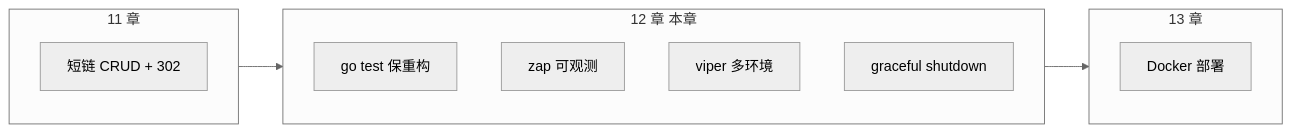
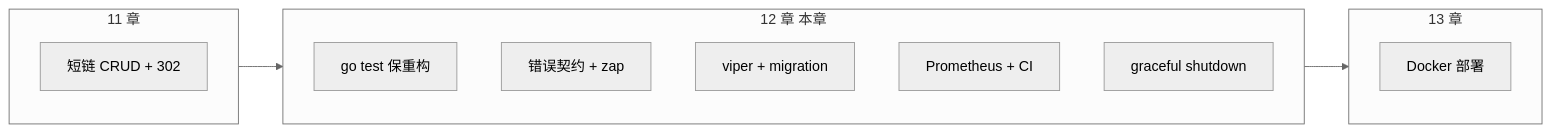
One commit to moqix26/study changed the diagram in 后端学习/Go/12-单元测试日志与配置工程化.md. Above: the diagram before and after it, drawn with Mermaid (neutral theme). The commit also changed other lines of this file and 49 other files, not shown here.

````diff
--- a/后端学习/Go/12-单元测试日志与配置工程化.md
+++ b/后端学习/Go/12-单元测试日志与配置工程化.md
@@ -82,16 +89,17 @@
 ```mermaid
 flowchart LR
     subgraph ch11 [11 章]
         A[短链 CRUD + 302]
     end
     subgraph ch12 [12 章 本章]
         B[go test 保重构]
-        C[zap 可观测]
-        D[viper 多环境]
-        E[graceful shutdown]
+        C[错误契约 + zap]
+        D[viper + migration]
+        E[Prometheus + CI]
+        G[graceful shutdown]
     end
     subgraph ch13 [13 章]
         F[Docker 部署]
     end
     ch11 --> ch12 --> ch13
 ```
````
